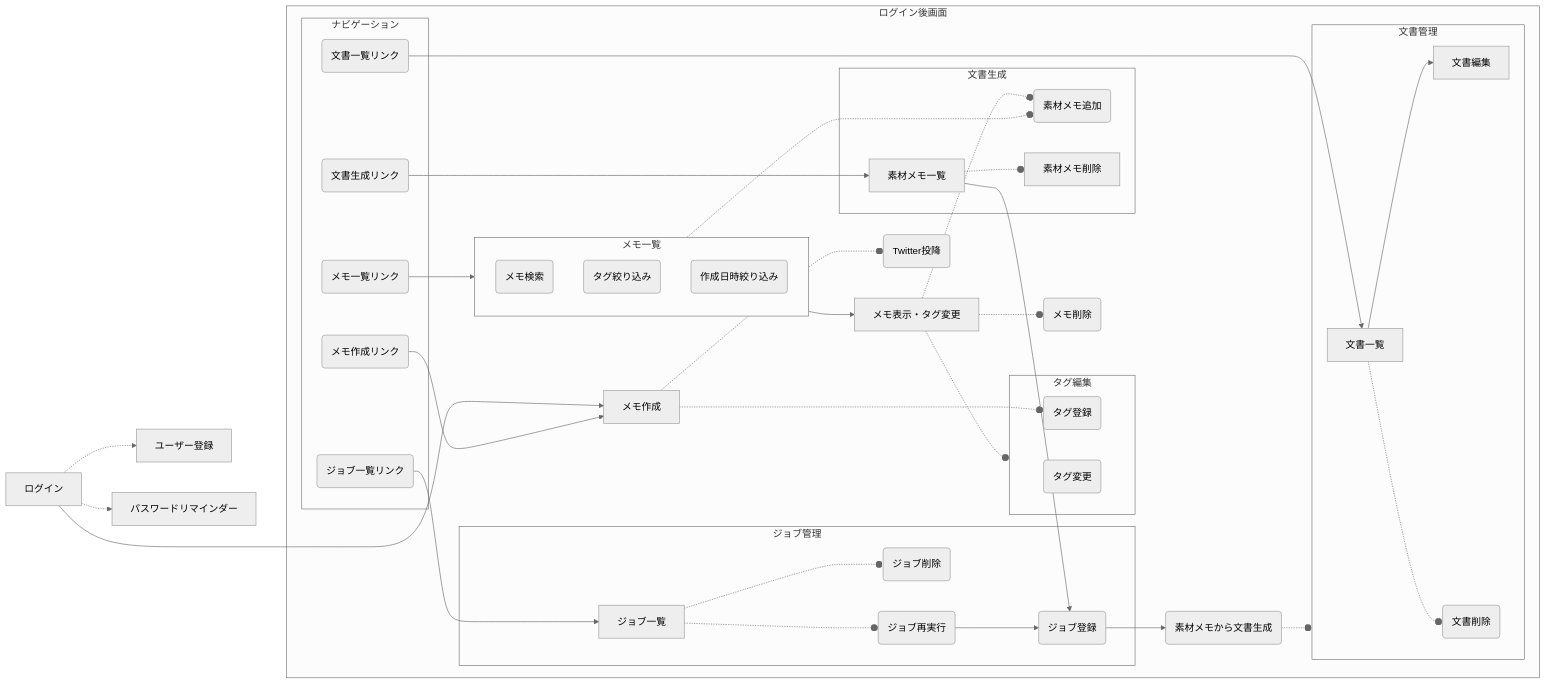
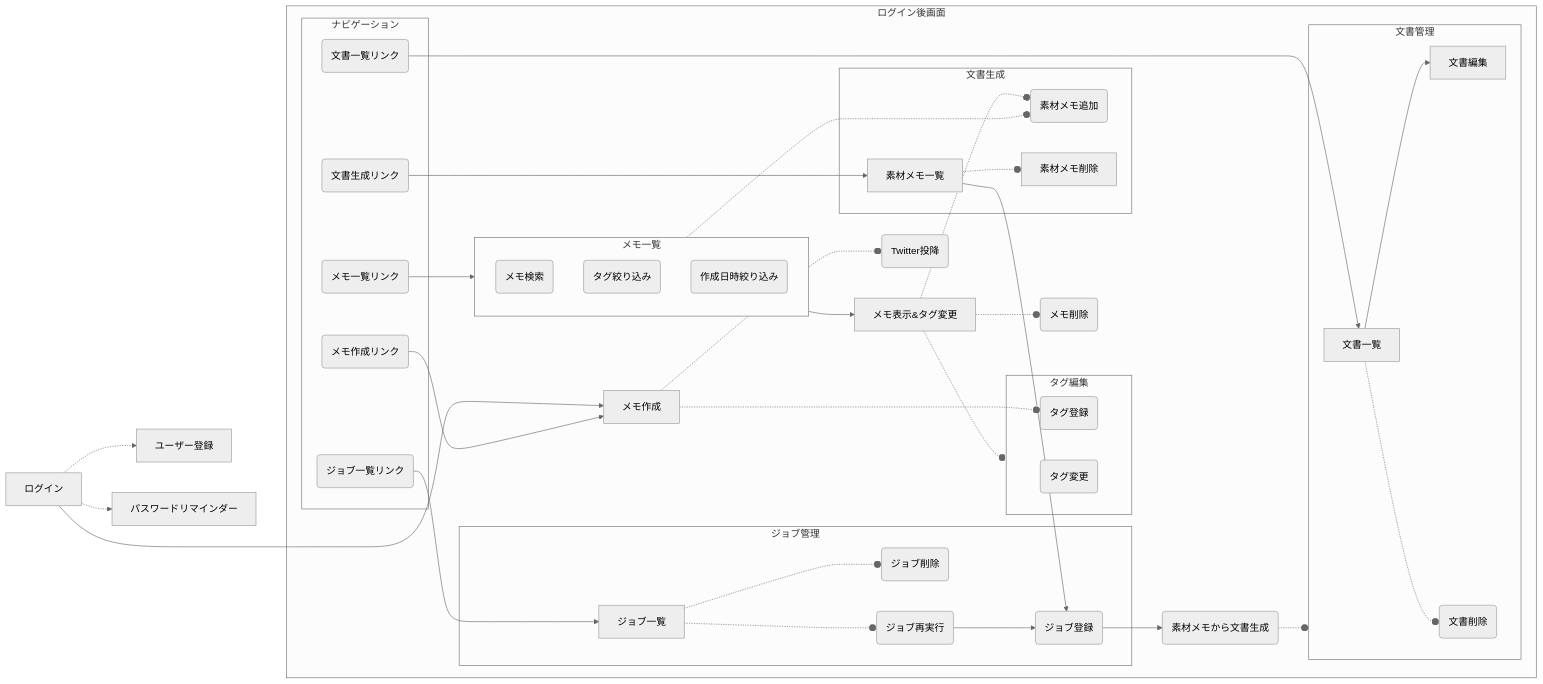
Before and after one commit to joyrswd/memodoc: the diagram in doc/outline.md, drawn with Mermaid (neutral theme). The commit also changed other lines of this file and 5 other files, not shown here.

```diff
--- a/doc/outline.md
+++ b/doc/outline.md
@@ -55,7 +55,7 @@
 
     A[ログイン]
     B1[メモ作成]
-    B2[メモ表示・タグ変更]
+    B2[メモ表示&タグ変更]
     B3(メモ削除)
     B4(Twitter投降)
     C1(タグ登録)
```
